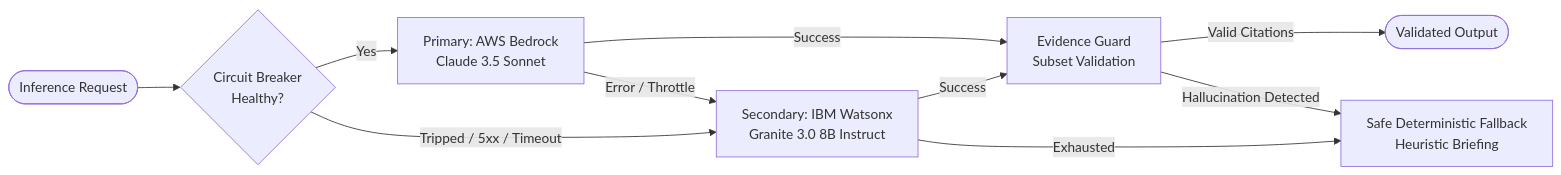
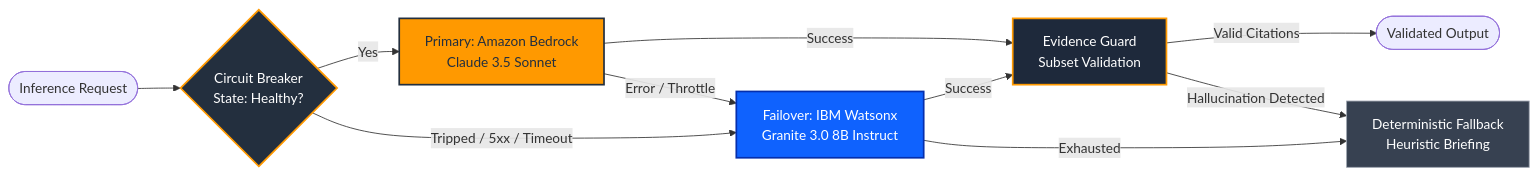
Before and after one commit to adityashinde0/AURA: the second of 3 diagrams in README.md, drawn with Mermaid. The commit also changed other lines of this file and 1 other file, not shown here.

Commit message:
docs: elevate README to enterprise AWS and IBM cloud architecture standards

````diff
--- a/README.md
+++ b/README.md
@@ -139,14 +210,20 @@
 ```mermaid
 flowchart LR
-    Req([Inference Request]) --> Circuit{Circuit Breaker<br/>Healthy?}
-    Circuit -->|Yes| Bedrock[Primary: AWS Bedrock<br/>Claude 3.5 Sonnet]
-    Circuit -->|Tripped / 5xx / Timeout| Watson[Secondary: IBM Watsonx<br/>Granite 3.0 8B Instruct]
+    Req([Inference Request]) --> Circuit{Circuit Breaker<br/>State: Healthy?}
+    Circuit -->|Yes| Bedrock[Primary: Amazon Bedrock<br/>Claude 3.5 Sonnet]
+    Circuit -->|Tripped / 5xx / Timeout| Watson[Failover: IBM Watsonx<br/>Granite 3.0 8B Instruct]
     
     Bedrock -->|Success| Guard[Evidence Guard<br/>Subset Validation]
     Bedrock -->|Error / Throttle| Watson
     Watson -->|Success| Guard
-    Watson -->|Exhausted| Fallback[Safe Deterministic Fallback<br/>Heuristic Briefing]
+    Watson -->|Exhausted| Fallback[Deterministic Fallback<br/>Heuristic Briefing]
     
     Guard -->|Valid Citations| Out([Validated Output])
     Guard -->|Hallucination Detected| Fallback
+
+    style Bedrock fill:#FF9900,stroke:#232F3E,stroke-width:2px,color:#232F3E
+    style Watson fill:#0F62FE,stroke:#052FAD,stroke-width:2px,color:#fff
+    style Fallback fill:#374151,stroke:#9ca3af,stroke-width:1px,color:#fff
+    style Guard fill:#1e293b,stroke:#FF9900,stroke-width:2px,color:#fff
+    style Circuit fill:#232F3E,stroke:#FF9900,stroke-width:2px,color:#fff
 ```
````
